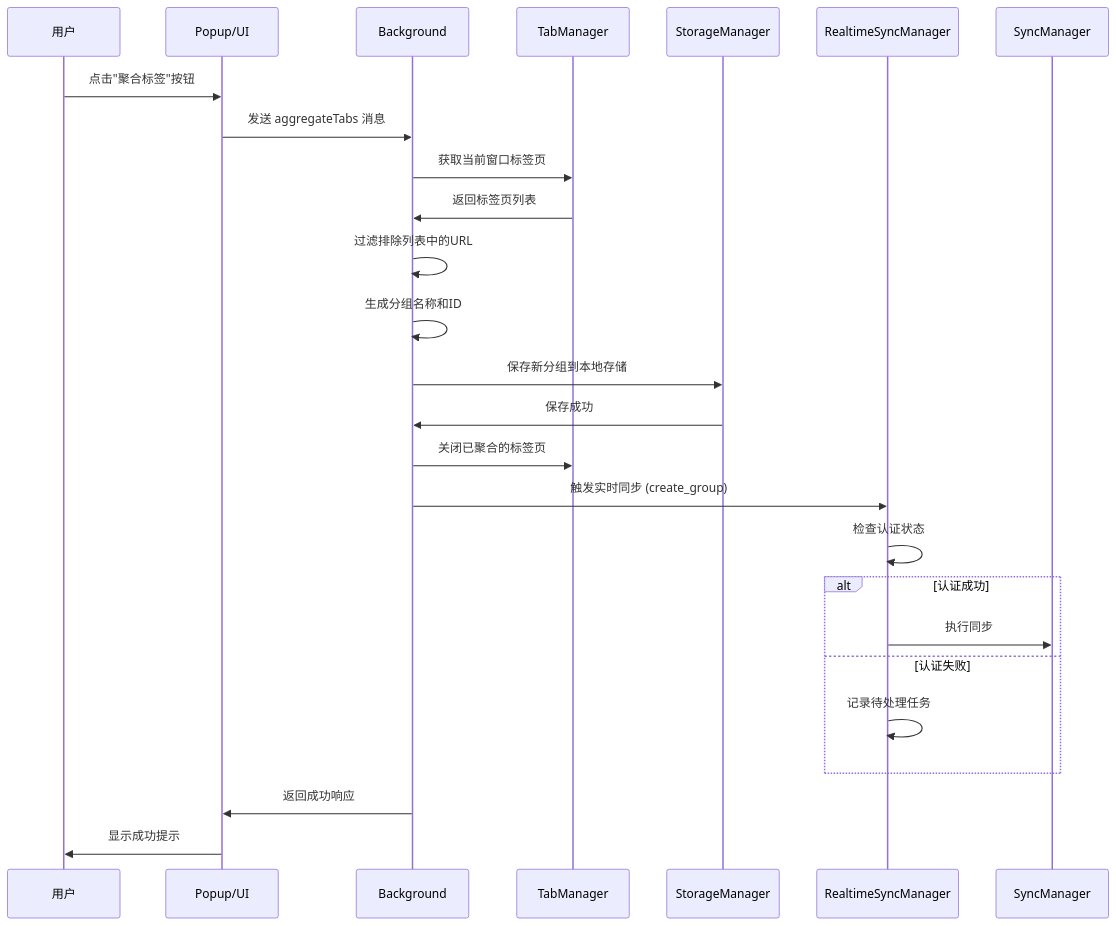
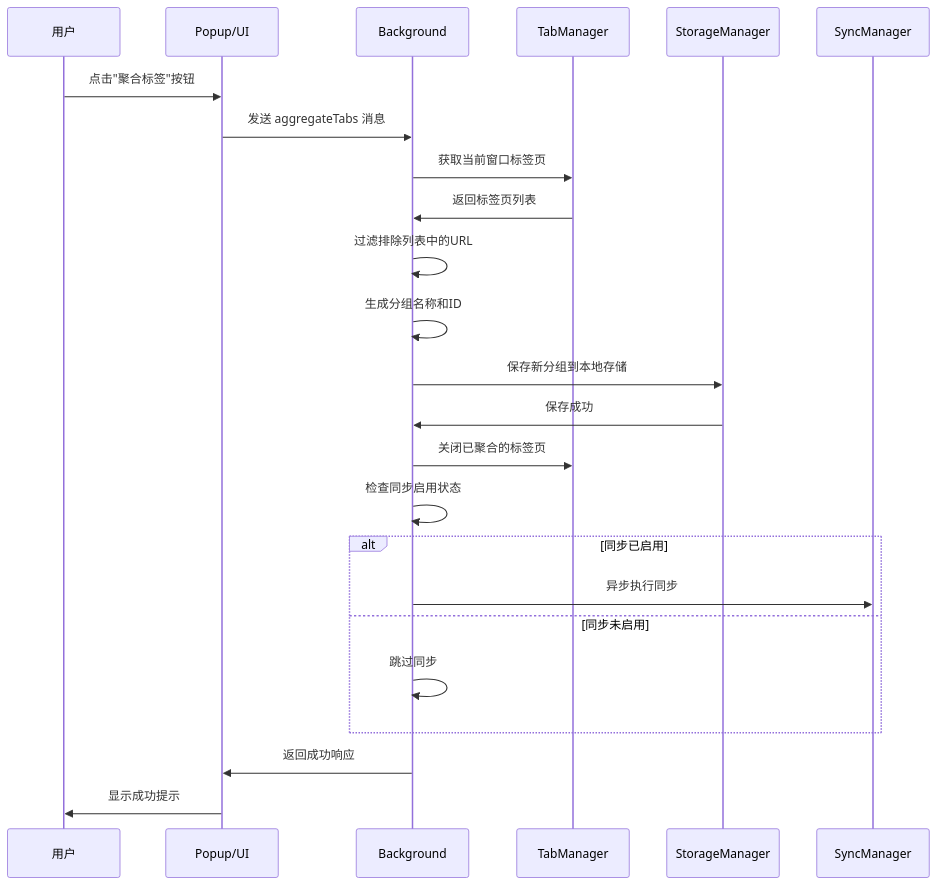
Before and after one commit to namehu/UniTab: the second of 12 diagrams in UniTab_流程链路图.md, drawn with Mermaid. The commit also changed other lines of this file and 11 other files, not shown here.

````diff
--- a/UniTab_流程链路图.md
+++ b/UniTab_流程链路图.md
@@ -41,28 +39,26 @@
 ```mermaid
 sequenceDiagram
     participant U as 用户
     participant P as Popup/UI
     participant BG as Background
     participant TM as TabManager
     participant SM as StorageManager
-    participant RS as RealtimeSyncManager
     
     U->>P: 点击"聚合标签"按钮
     P->>BG: 发送 aggregateTabs 消息
     BG->>TM: 获取当前窗口标签页
     TM->>BG: 返回标签页列表
     BG->>BG: 过滤排除列表中的URL
     BG->>BG: 生成分组名称和ID
     BG->>SM: 保存新分组到本地存储
     SM->>BG: 保存成功
     BG->>TM: 关闭已聚合的标签页
-    BG->>RS: 触发实时同步 (create_group)
-    RS->>RS: 检查认证状态
-    alt 认证成功
-        RS->>SyncManager: 执行同步
-    else 认证失败
-        RS->>RS: 记录待处理任务
+    BG->>BG: 检查同步启用状态
+    alt 同步已启用
+        BG->>SyncManager: 异步执行同步
+    else 同步未启用
+        BG->>BG: 跳过同步
     end
     BG->>P: 返回成功响应
     P->>U: 显示成功提示
 ```
````
